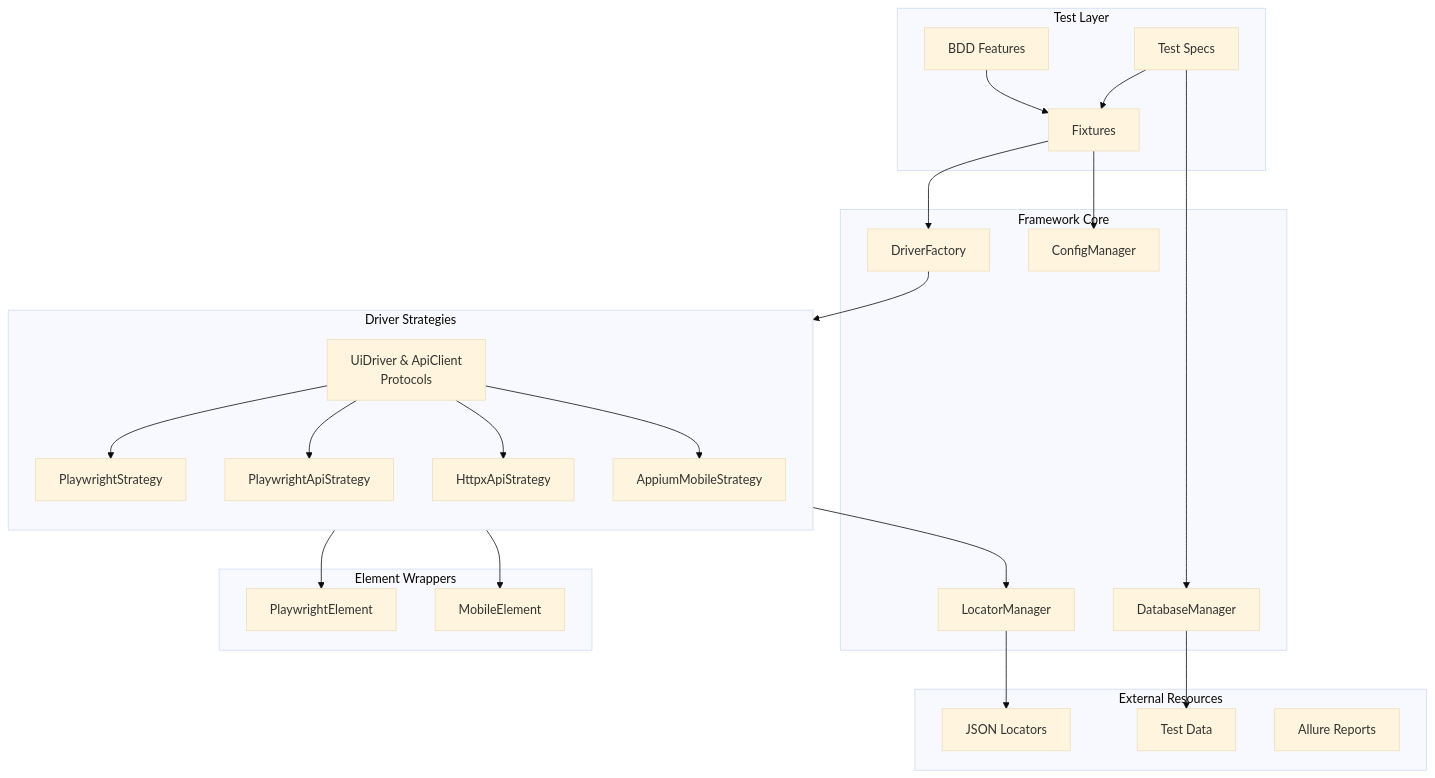
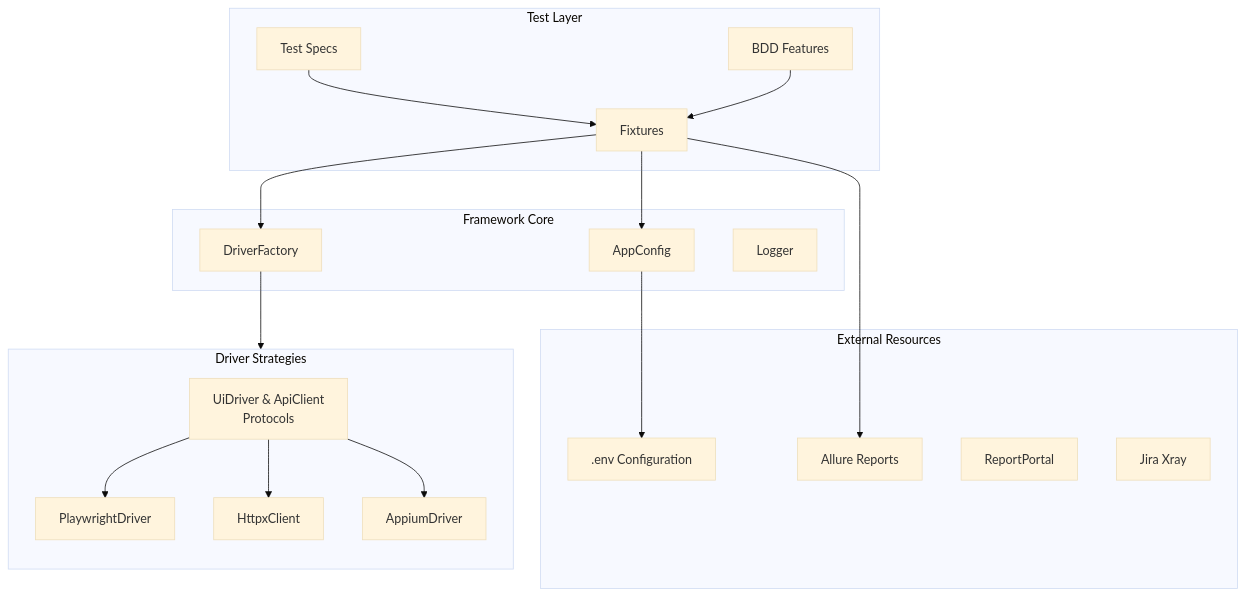
Before and after one commit to vinipx/taflex-python-modular: the first of 3 diagrams in docs/architecture/overview.md, drawn with Mermaid (base theme). The commit also changed other lines of this file and 4 other files, not shown here.

Commit message:
docs: synchronize architecture and API documentation with implementation

````diff
--- a/docs/architecture/overview.md
+++ b/docs/architecture/overview.md
@@ -23,55 +23,42 @@
 ```mermaid
 flowchart TB
     subgraph "Test Layer"
         TC[Test Specs]
         BDD[BDD Features]
         FIX[Fixtures]
     end
 
     subgraph "Framework Core"
         DF[DriverFactory]
-        LM[LocatorManager]
-        CM[ConfigManager]
-        DB[DatabaseManager]
+        CM[AppConfig]
+        LOG[Logger]
     end
 
     subgraph "Driver Strategies"
         direction TB
         ADS[UiDriver & ApiClient<br/>Protocols]
-        PDS[PlaywrightStrategy]
-        APIS[PlaywrightApiStrategy]
-        HXP[HttpxApiStrategy]
-        AMS[AppiumMobileStrategy]
-    end
-
-    subgraph "Element Wrappers"
-        PE[PlaywrightElement]
-        ME[MobileElement]
+        PD[PlaywrightDriver]
+        HC[HttpxClient]
+        AD[AppiumDriver]
     end
 
     subgraph "External Resources"
-        JSON[JSON Locators]
-        DATA[Test Data]
+        ENV[.env Configuration]
         ALR[Allure Reports]
+        RP[ReportPortal]
+        XRAY[Jira Xray]
     end
 
     TC --> FIX
     BDD --> FIX
     FIX --> DF
     FIX --> CM
 
     DF --> ADS
-    ADS --> PDS
-    ADS --> APIS
-    ADS --> HXP
-    ADS --> AMS
+    ADS --> PD
+    ADS --> HC
+    ADS --> AD
 
-    PDS --> PE
-    AMS --> ME
-
-    ADS --> LM
-    LM --> JSON
-
-    TC --> DB
-    DB --> DATA
+    CM --> ENV
+    FIX --> ALR
 ```
````
